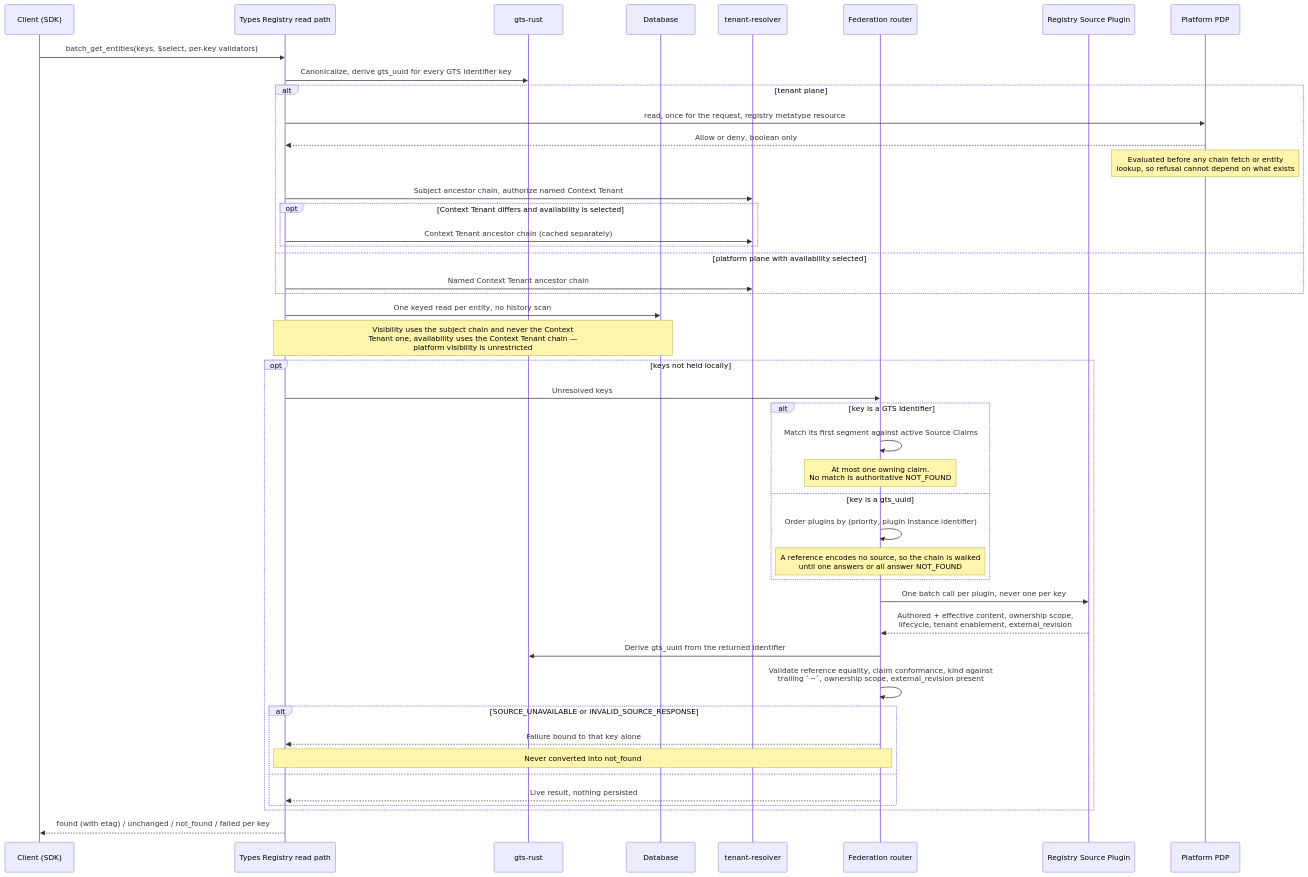
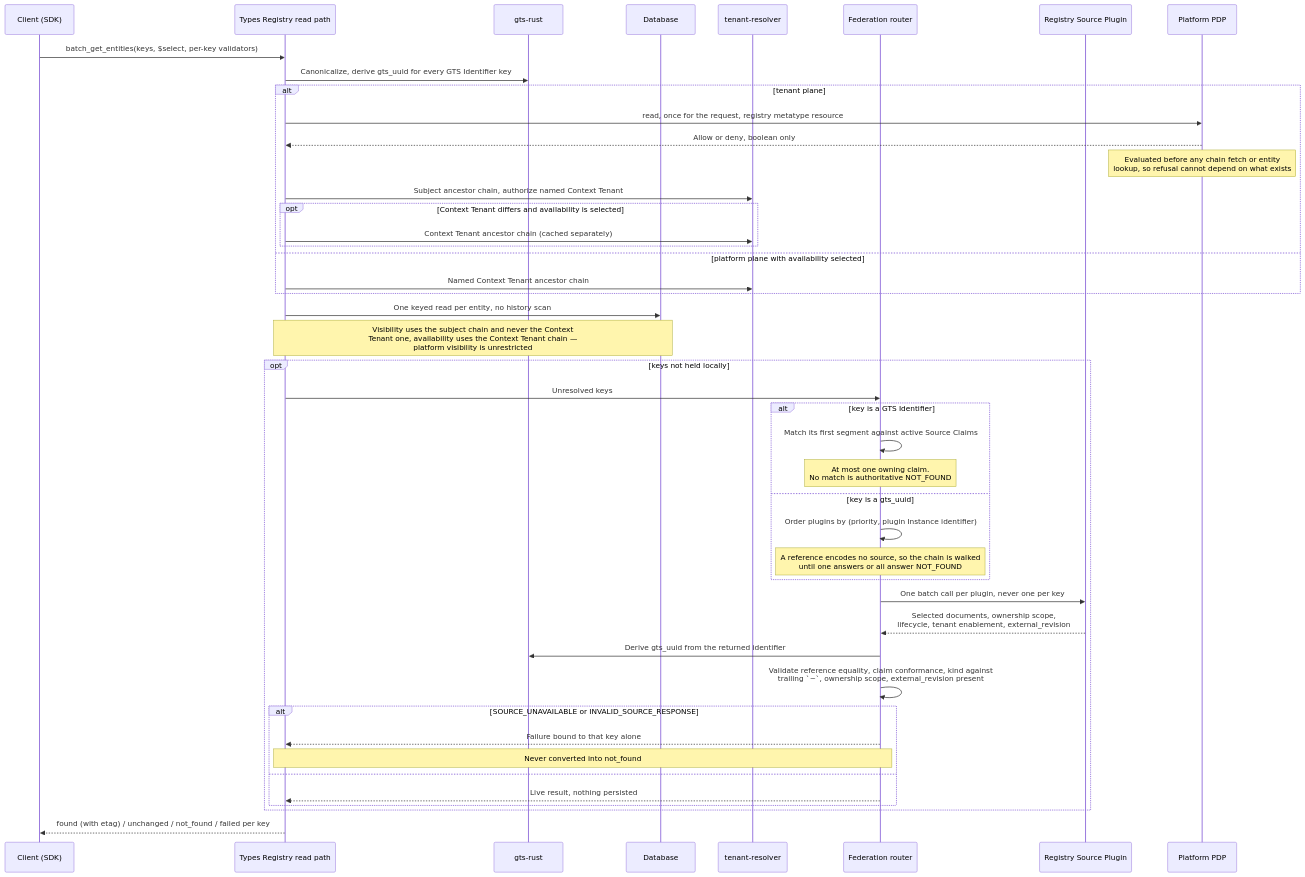
The fifth of 6 diagrams in gears/system/types-registry/docs/DESIGN.md (AndIConstructor/gears-rust), drawn with Mermaid before and after one commit. The commit also changed other lines of this file and 7 other files, not shown here.

````diff
--- a/gears/system/types-registry/docs/DESIGN.md
+++ b/gears/system/types-registry/docs/DESIGN.md
@@ -2000,48 +2006,48 @@
 ```mermaid
 sequenceDiagram
     participant C as Client (SDK)
     participant A as Types Registry read path
     participant G as gts-rust
     participant D as Database
     participant T as tenant-resolver
     participant R as Federation router
     participant P as Registry Source Plugin
     participant Z as Platform PDP
 
     C->>A: batch_get_entities(keys, $select, per-key validators)
     A->>G: Canonicalize, derive gts_uuid for every GTS Identifier key
     alt tenant plane
         A->>Z: read, once for the request, registry metatype resource
         Z-->>A: Allow or deny, boolean only
         Note over Z: Evaluated before any chain fetch or entity<br/>lookup, so refusal cannot depend on what exists
         A->>T: Subject ancestor chain, authorize named Context Tenant
         opt Context Tenant differs and availability is selected
             A->>T: Context Tenant ancestor chain (cached separately)
         end
     else platform plane with availability selected
         A->>T: Named Context Tenant ancestor chain
     end
     A->>D: One keyed read per entity, no history scan
     Note over A,D: Visibility uses the subject chain and never the Context<br/>Tenant one, availability uses the Context Tenant chain —<br/>platform visibility is unrestricted
     opt keys not held locally
         A->>R: Unresolved keys
         alt key is a GTS Identifier
             R->>R: Match its first segment against active Source Claims
             Note over R: At most one owning claim.<br/>No match is authoritative NOT_FOUND
         else key is a gts_uuid
             R->>R: Order plugins by (priority, plugin Instance identifier)
             Note over R: A reference encodes no source, so the chain is walked<br/>until one answers or all answer NOT_FOUND
         end
         R->>P: One batch call per plugin, never one per key
-        P-->>R: Authored + effective content, ownership scope,<br/>lifecycle, tenant enablement, external_revision
+        P-->>R: Selected documents, ownership scope,<br/>lifecycle, tenant enablement, external_revision
         R->>G: Derive gts_uuid from the returned identifier
         R->>R: Validate reference equality, claim conformance, kind against<br/>trailing `~`, ownership scope, external_revision present
         alt SOURCE_UNAVAILABLE or INVALID_SOURCE_RESPONSE
             R-->>A: Failure bound to that key alone
             Note over R,A: Never converted into not_found
         else
             R-->>A: Live result, nothing persisted
         end
     end
     A-->>C: found (with etag) / unchanged / not_found / failed per key
 ```
````
